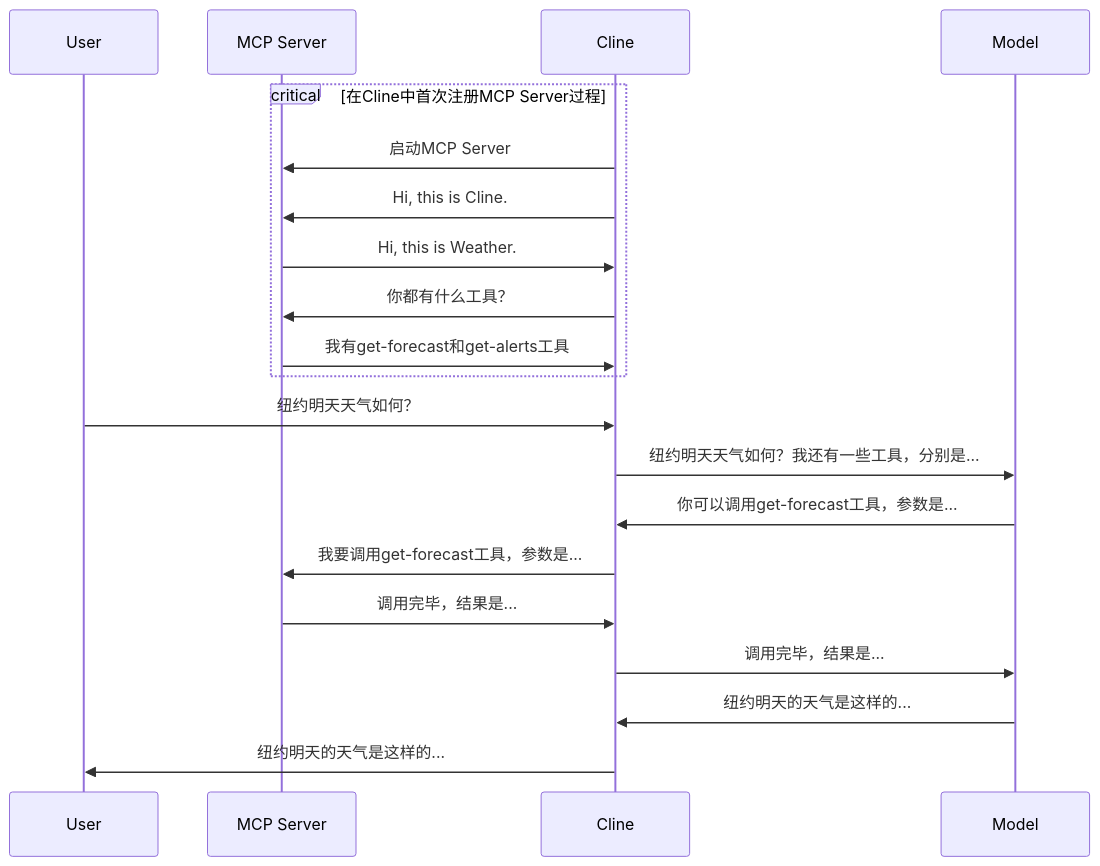
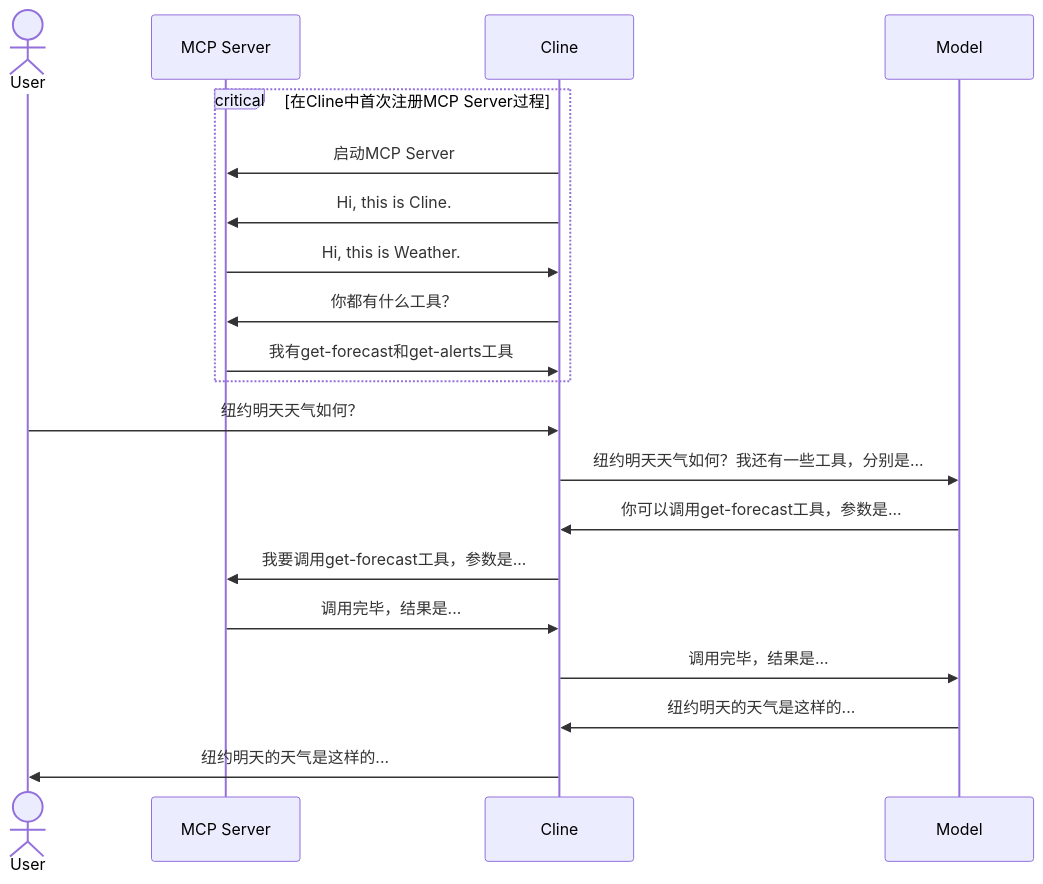
Before and after one commit to shaozelian/shaozelian.github.io: the diagram in _posts/2025-07-05-ai-mcp.md, drawn with Mermaid. The commit also changed other lines of this file, not shown here.

````diff
--- a/_posts/2025-07-05-ai-mcp.md
+++ b/_posts/2025-07-05-ai-mcp.md
@@ -40,30 +40,28 @@
 ```mermaid
 ---
 Title: MCP交互示意图 
 --- 
-
 %%{init: {"theme": "default","logLevel": "info", "htmlLabels": true, "curve": "natural, "fontSize": 12 }}%%
-
 sequenceDiagram
-    participant User
+    actor User
     participant MCP Server
     participant Cline
     participant Model
 
     critical 在Cline中首次注册MCP Server过程
     Cline->>MCP Server: 启动MCP Server
     Cline->>MCP Server: Hi, this is Cline.
     MCP Server->>Cline: Hi, this is Weather.
     Cline->>MCP Server: 你都有什么工具？
     MCP Server->>Cline: 我有get-forecast和get-alerts工具
     end
 
     User->>Cline: 纽约明天天气如何？
     Cline->>Model: 纽约明天天气如何？我还有一些工具，分别是...
     Model->>Cline: 你可以调用get-forecast工具，参数是...
     Cline->>MCP Server: 我要调用get-forecast工具，参数是...
     MCP Server->>Cline: 调用完毕，结果是...
     Cline->>Model: 调用完毕，结果是...
     Model->>Cline: 纽约明天的天气是这样的...
     Cline->>User: 纽约明天的天气是这样的...
 ```
````
